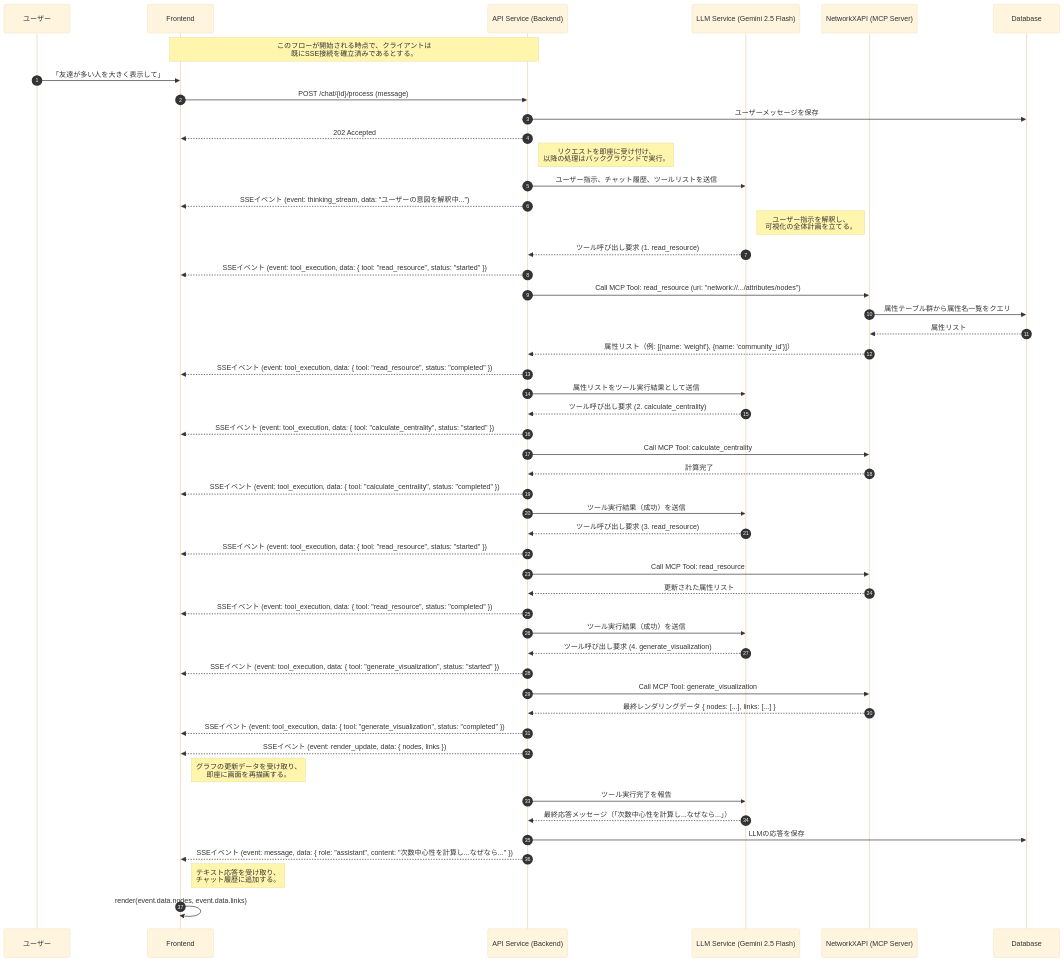
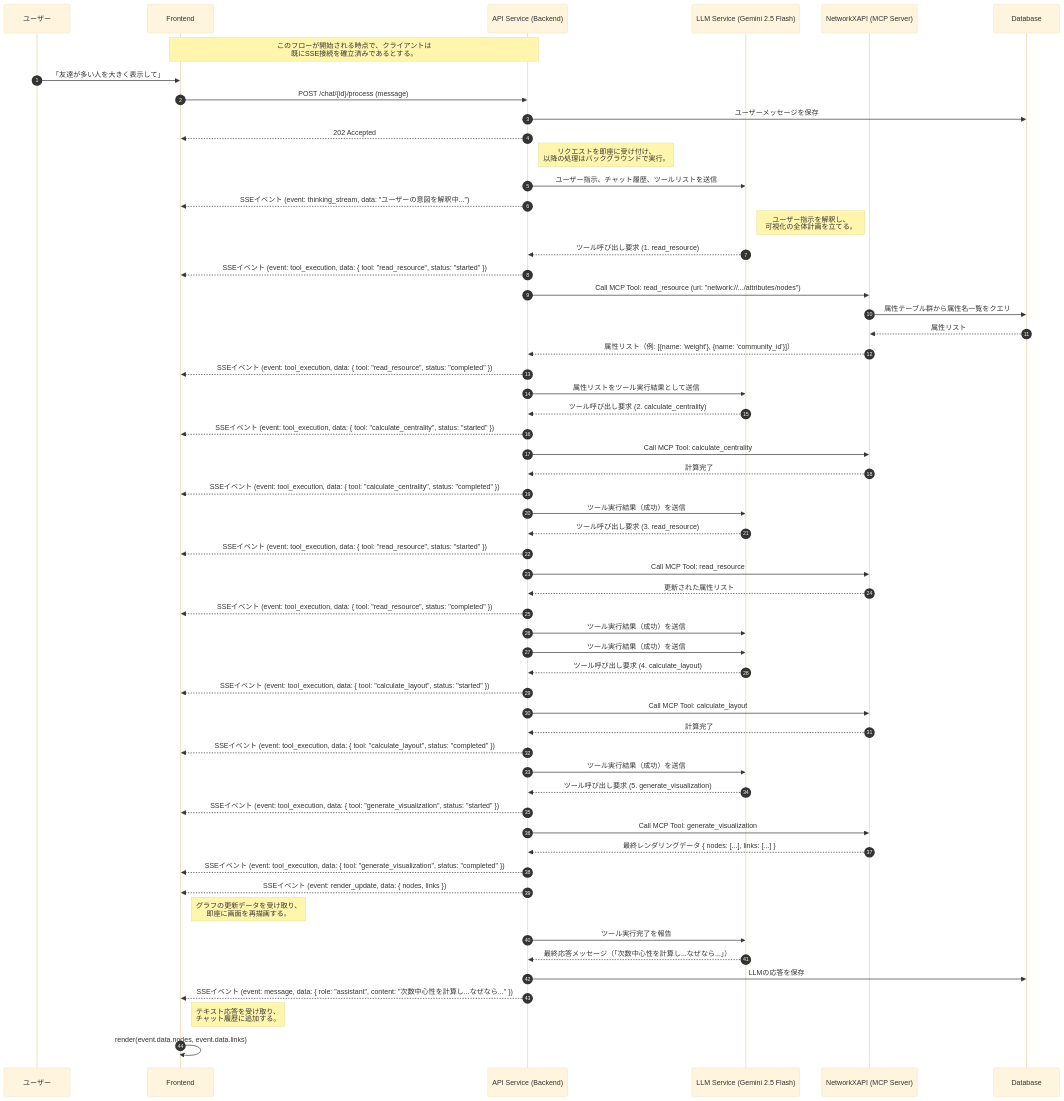
Before and after one commit to vdslab/LLMGraphvis: the second of 12 diagrams in specification/2_Technical_Details/6_Core_Workflows.md, drawn with Mermaid (base theme). The commit also changed other lines of this file, not shown here.

Commit message:
docs: update core workflows technical specification

```diff
--- a/specification/2_Technical_Details/6_Core_Workflows.md
+++ b/specification/2_Technical_Details/6_Core_Workflows.md
@@ -131,9 +131,19 @@
     B-->>F: SSEイベント (event: tool_execution, data: { tool: "read_resource", status: "completed" })
 
     B->>LLM: ツール実行結果（成功）を送信
-    LLM-->>B: ツール呼び出し要求 (4. generate_visualization)
+    B->>LLM: ツール実行結果（成功）を送信
+    LLM-->>B: ツール呼び出し要求 (4. calculate_layout)
 
-    %% Step 6: Backend executes generate_visualization
+    %% Step 6: Backend executes calculate_layout (Strict Requirement)
+    B-->>F: SSEイベント (event: tool_execution, data: { tool: "calculate_layout", status: "started" })
+    B->>N: Call MCP Tool: calculate_layout
+    N-->>B: 計算完了
+    B-->>F: SSEイベント (event: tool_execution, data: { tool: "calculate_layout", status: "completed" })
+
+    B->>LLM: ツール実行結果（成功）を送信
+    LLM-->>B: ツール呼び出し要求 (5. generate_visualization)
+
+    %% Step 7: Backend executes generate_visualization
     B-->>F: SSEイベント (event: tool_execution, data: { tool: "generate_visualization", status: "started" })
     B->>N: Call MCP Tool: generate_visualization
     N-->>B: 最終レンダリングデータ { nodes: [...], links: [...] }
```
